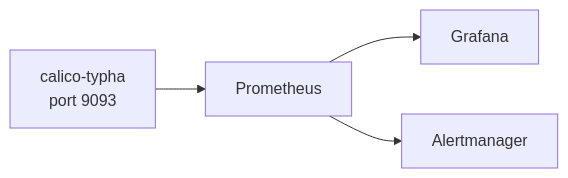
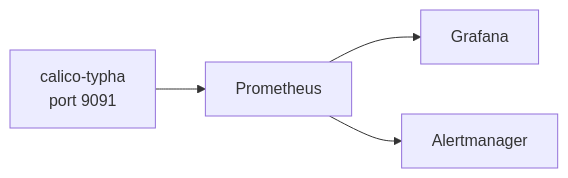
Before and after one commit to OneUptime/blog: the diagram in posts/2026-03-13-alert-typha-metrics-calico/README.md, drawn with Mermaid. The commit also changed other lines of this file and 879 other files, not shown here.

````diff
--- a/posts/2026-03-13-alert-typha-metrics-calico/README.md
+++ b/posts/2026-03-13-alert-typha-metrics-calico/README.md
@@ -63,6 +63,6 @@
 ```mermaid
 flowchart LR
-    A[calico-typha\nport 9093] --> B[Prometheus]
+    A[calico-typha\nport 9091] --> B[Prometheus]
     B --> C[Grafana]
     B --> D[Alertmanager]
 ```
````
